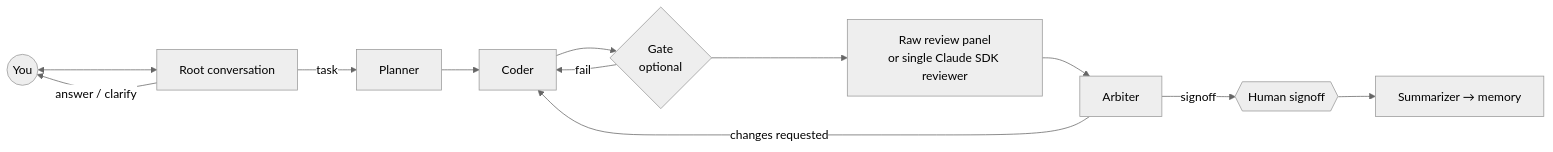
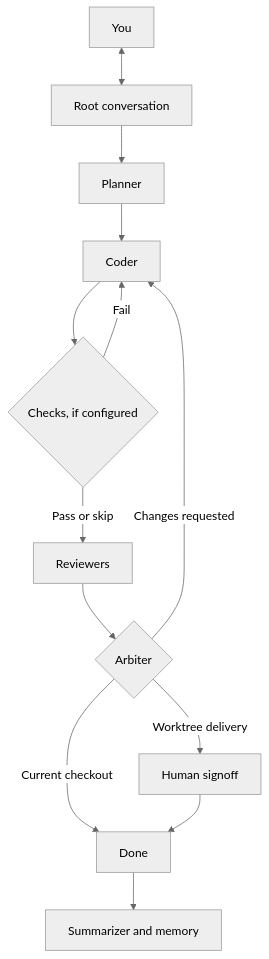
The diagram in README.md (Elyon0517/Multi-Agent-Platform), drawn with Mermaid (neutral theme) before and after one commit. The commit also changed other lines of this file and 1 other file, not shown here.

````diff
--- a/README.md
+++ b/README.md
@@ -26,12 +90,14 @@
 ```mermaid
-flowchart LR
-  You((You)) <--> Root[Root conversation]
-  Root -- answer / clarify --> You
-  Root -- task --> Planner --> Coder --> Gate{Gate<br/>optional}
-  Gate -- fail --> Coder
-  Gate --> Review[Raw review panel<br/>or single Claude SDK reviewer]
-  Review --> Arbiter
-  Arbiter -- changes requested --> Coder
-  Arbiter -- signoff --> Human{{Human signoff}}
-  Human --> Summarizer[Summarizer → memory]
+flowchart TD
+  You[You] <--> Root[Root conversation]
+  Root --> Planner --> Coder
+  Coder --> Gate{Checks, if configured}
+  Gate -- Fail --> Coder
+  Gate -- Pass or skip --> Review[Reviewers]
+  Review --> Arbiter{Arbiter}
+  Arbiter -- Changes requested --> Coder
+  Arbiter -- Worktree delivery --> Human[Human signoff]
+  Arbiter -- Current checkout --> Done[Done]
+  Human --> Done
+  Done --> Memory[Summarizer and memory]
 ```
````
